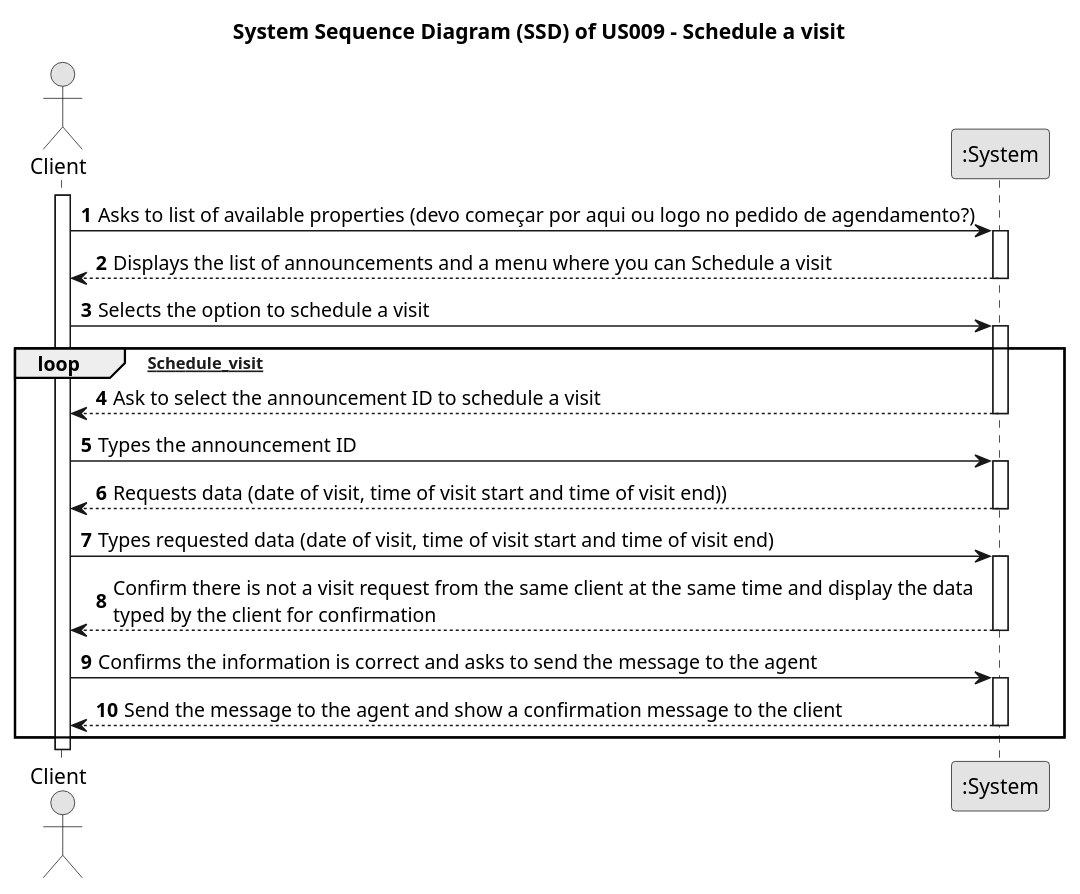
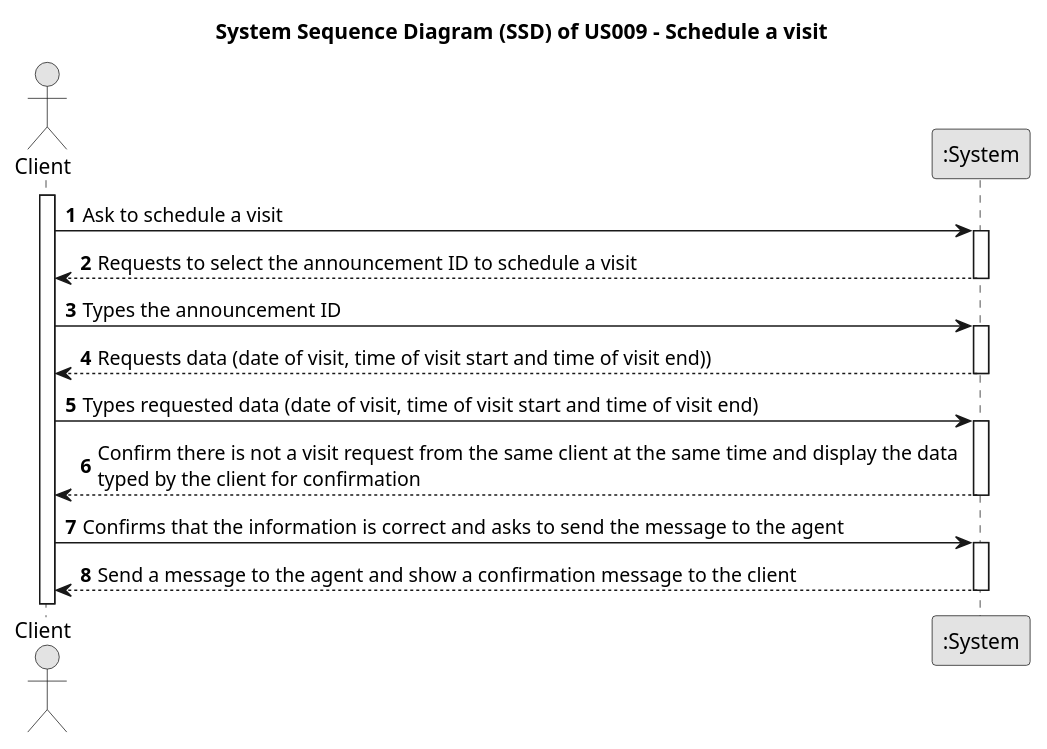
Before and after one commit to Goncalves2525/real-estate-management-system: the diagram in docs/sprintC/us009/01.requirements-engineering/puml/us009-system-sequence-diagram.puml, drawn with PlantUML. The commit also changed 62 other files, not shown here.

Commit message:
Design complete [US009] [class diagram and sequence diagram]

```diff
--- a/docs/sprintC/us009/01.requirements-engineering/puml/us009-system-sequence-diagram.puml
+++ b/docs/sprintC/us009/01.requirements-engineering/puml/us009-system-sequence-diagram.puml
@@ -1,48 +1,41 @@
 @startuml
 skinparam monochrome true
 skinparam packageStyle rectangle
 skinparam shadowing false
 
 title System Sequence Diagram (SSD) of US009 - Schedule a visit
 
 autonumber
 
 actor "Client" as Client
 participant ":System" as System
 
 activate Client
 
-    Client -> System : Asks to list of available properties (devo começar por aqui ou logo no pedido de agendamento?)
+
+    Client -> System : Ask to schedule a visit
         activate System
 
-        System --> Client : Displays the list of announcements and a menu where you can Schedule a visit
-    deactivate System
-
-    Client -> System : Selects the option to schedule a visit
-        activate System
-
-    loop    [Schedule_visit]
-        System --> Client : Ask to select the announcement ID to schedule a visit
+        System --> Client : Requests to select the announcement ID to schedule a visit
     deactivate System
 
     Client -> System : Types the announcement ID
         activate System
 
         System --> Client : Requests data (date of visit, time of visit start and time of visit end))
     deactivate System
 
     Client -> System : Types requested data (date of visit, time of visit start and time of visit end)
         activate System
 
         System --> Client : Confirm there is not a visit request from the same client at the same time and display the data \ntyped by the client for confirmation
     deactivate System
 
-    Client -> System : Confirms the information is correct and asks to send the message to the agent
+    Client -> System : Confirms that the information is correct and asks to send the message to the agent
         activate System
 
-        System --> Client : Send the message to the agent and show a confirmation message to the client
+        System --> Client : Send a message to the agent and show a confirmation message to the client
     deactivate System
-    end
 
 
 @enduml
```
